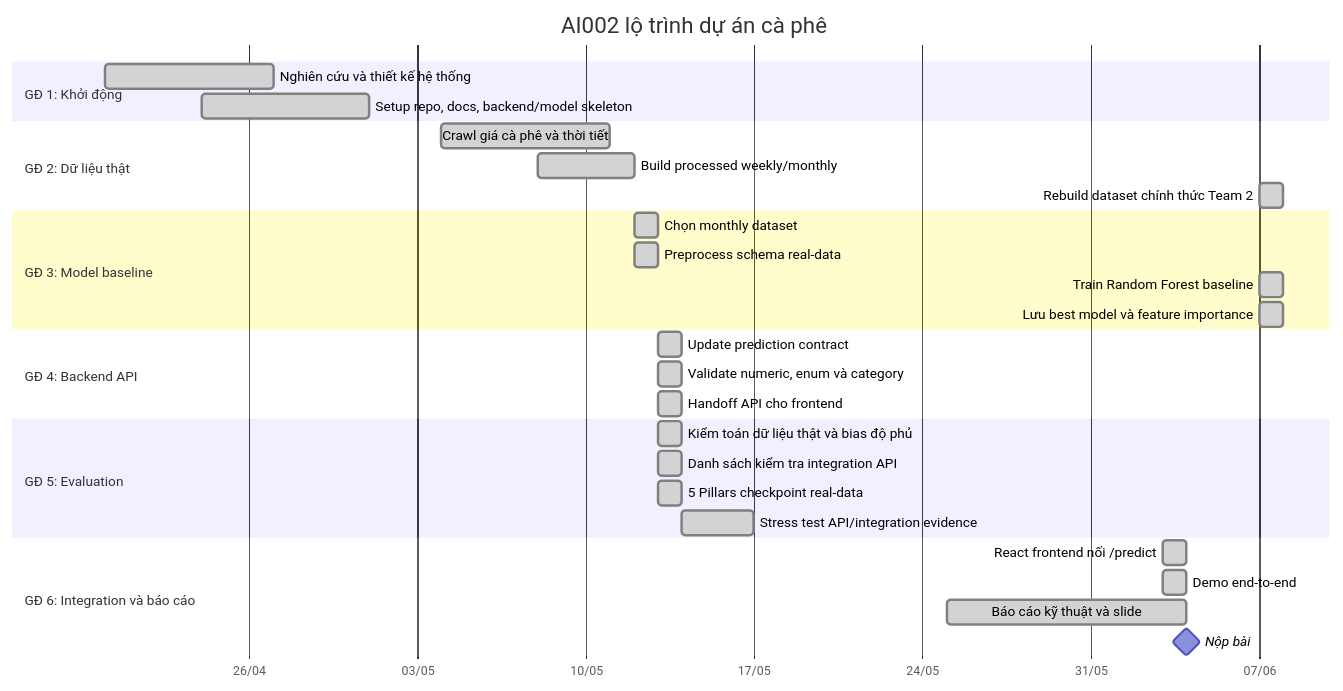
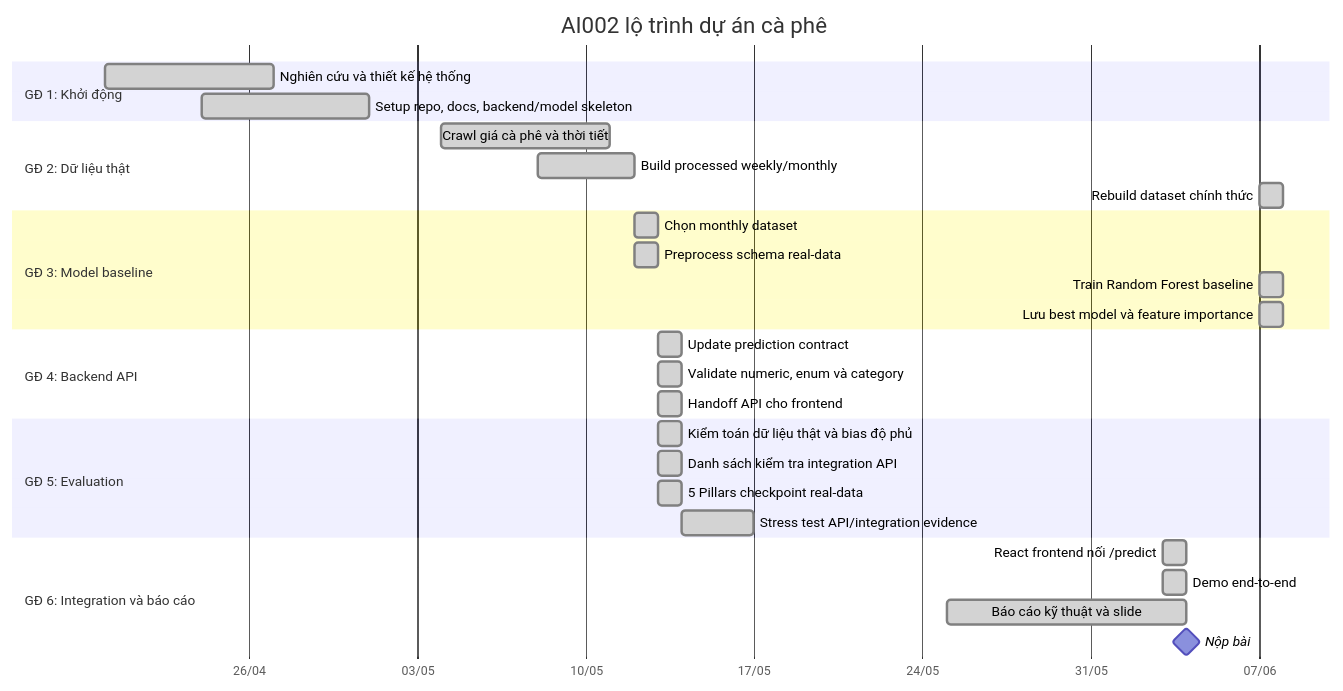
Before and after one commit to uit-25730067-chithanh/AI002-Team22-DT10: the third of 8 diagrams in docs/project-roadmap.md, drawn with Mermaid. The commit also changed other lines of this file and 21 other files, not shown here.

````diff
--- a/docs/project-roadmap.md
+++ b/docs/project-roadmap.md
@@ -62,39 +62,39 @@
 ```mermaid
 gantt
     title AI002 lộ trình dự án cà phê
     dateFormat  YYYY-MM-DD
     tickInterval 1w
     axisFormat  %d/%m
 
     section GĐ 1: Khởi động
     Nghiên cứu và thiết kế hệ thống          :done, a1, 2026-04-20, 7d
     Setup repo, docs, backend/model skeleton :done, a2, 2026-04-24, 7d
 
     section GĐ 2: Dữ liệu thật
     Crawl giá cà phê và thời tiết            :done, b1, 2026-05-04, 7d
     Build processed weekly/monthly           :done, b2, 2026-05-08, 4d
-    Rebuild dataset chính thức Team 2           :done, b3, 2026-06-07, 1d
+    Rebuild dataset chính thức                  :done, b3, 2026-06-07, 1d
 
     section GĐ 3: Model baseline
     Chọn monthly dataset                     :done, c1, 2026-05-12, 1d
     Preprocess schema real-data              :done, c2, 2026-05-12, 1d
     Train Random Forest baseline             :done, c3, 2026-06-07, 1d
     Lưu best model và feature importance     :done, c4, 2026-06-07, 1d
 
     section GĐ 4: Backend API
     Update prediction contract               :done, d1, 2026-05-13, 1d
     Validate numeric, enum và category       :done, d2, 2026-05-13, 1d
     Handoff API cho frontend                 :done, d3, 2026-05-13, 1d
 
     section GĐ 5: Evaluation
     Kiểm toán dữ liệu thật và bias độ phủ         :done, e0, 2026-05-13, 1d
     Danh sách kiểm tra integration API             :done, e1, 2026-05-13, 1d
     5 Pillars checkpoint real-data           :done, e2, 2026-05-13, 1d
     Stress test API/integration evidence     :done, e3, 2026-05-14, 3d
 
     section GĐ 6: Integration và báo cáo
     React frontend nối /predict             :done, f1, 2026-06-03, 1d
     Demo end-to-end                          :done, f2, 2026-06-03, 1d
     Báo cáo kỹ thuật và slide                :done, f3, 2026-05-25, 10d
     Nộp bài                                  :milestone, f4, 2026-06-04, 0d
 ```
````
